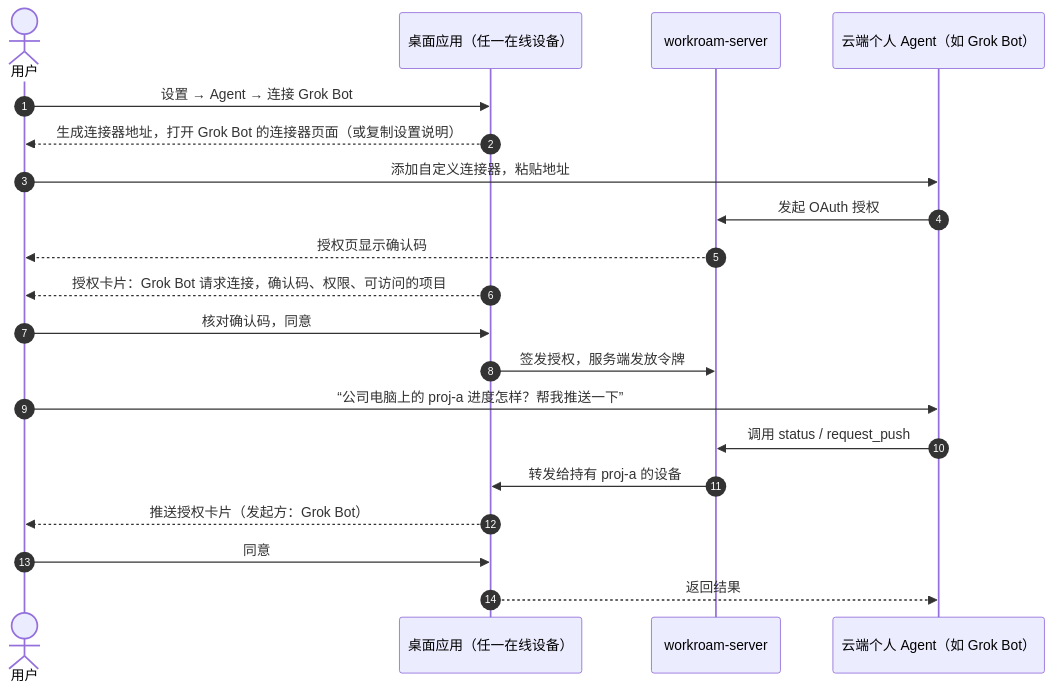
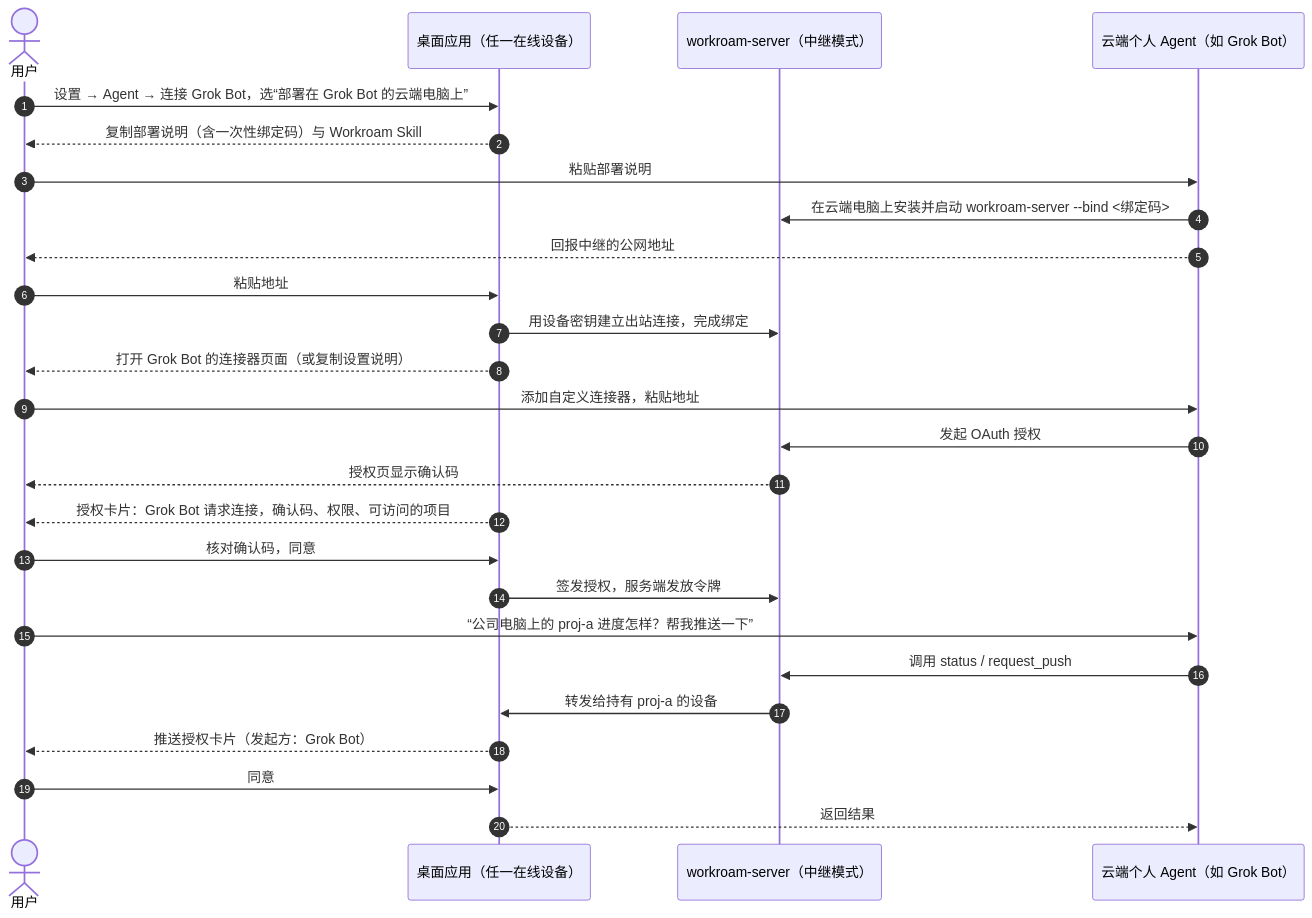
One commit to kverona-ai/workroam changed the fourth of 4 diagrams in docs/prd.md. Above: the diagram before and after it, drawn with Mermaid. The commit also changed other lines of this file and 5 other files, not shown here.

First line of the commit message:
docs: make workroam-server relay mode light enough for a bot's cloud computer

````diff
--- a/docs/prd.md
+++ b/docs/prd.md
@@ -363,22 +372,28 @@
 ```mermaid
 sequenceDiagram
     autonumber
     actor U as 用户
     participant D as 桌面应用（任一在线设备）
-    participant SV as workroam-server
+    participant SV as workroam-server（中继模式）
     participant A as 云端个人 Agent（如 Grok Bot）
-    U->>D: 设置 → Agent → 连接 Grok Bot
-    D-->>U: 生成连接器地址，打开 Grok Bot 的连接器页面（或复制设置说明）
+    U->>D: 设置 → Agent → 连接 Grok Bot，选“部署在 Grok Bot 的云端电脑上”
+    D-->>U: 复制部署说明（含一次性绑定码）与 Workroam Skill
+    U->>A: 粘贴部署说明
+    A->>SV: 在云端电脑上安装并启动 workroam-server --bind <绑定码>
+    A-->>U: 回报中继的公网地址
+    U->>D: 粘贴地址
+    D->>SV: 用设备密钥建立出站连接，完成绑定
+    D-->>U: 打开 Grok Bot 的连接器页面（或复制设置说明）
     U->>A: 添加自定义连接器，粘贴地址
     A->>SV: 发起 OAuth 授权
     SV-->>U: 授权页显示确认码
     D-->>U: 授权卡片：Grok Bot 请求连接，确认码、权限、可访问的项目
     U->>D: 核对确认码，同意
     D->>SV: 签发授权，服务端发放令牌
     U->>A: “公司电脑上的 proj-a 进度怎样？帮我推送一下”
     A->>SV: 调用 status / request_push
     SV->>D: 转发给持有 proj-a 的设备
     D-->>U: 推送授权卡片（发起方：Grok Bot）
     U->>D: 同意
     D-->>A: 返回结果
 ```
````
